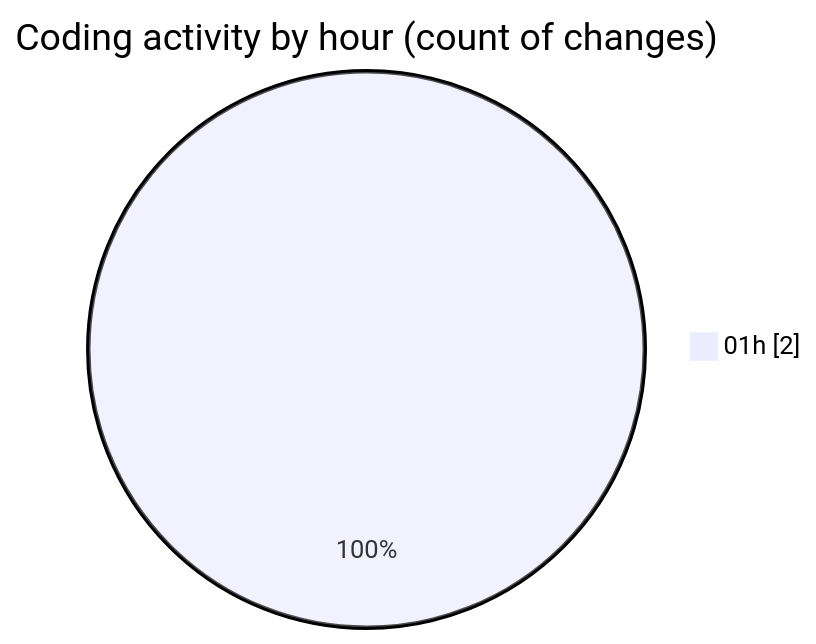
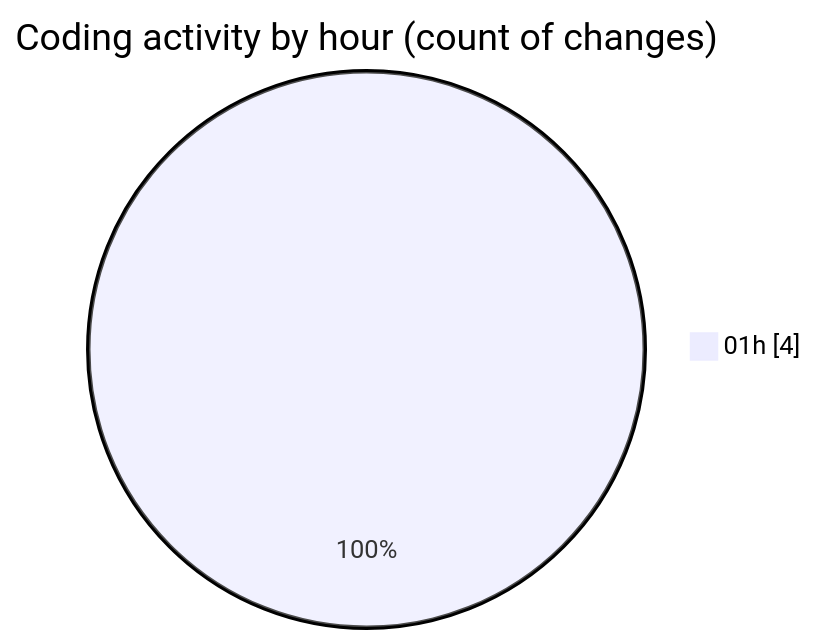
Before and after one commit to EIIisD/code-tracking: the second of 2 diagrams in 2025-07-29/ani/README.md, drawn with Mermaid. The commit also changed other lines of this file and 1 other file, not shown here.

````diff
--- a/2025-07-29/ani/README.md
+++ b/2025-07-29/ani/README.md
@@ -28,5 +30,5 @@
 ```mermaid
 pie showData
 title Coding activity by hour (count of changes)
-"01h" : 2
+"01h" : 4
 ```
````
